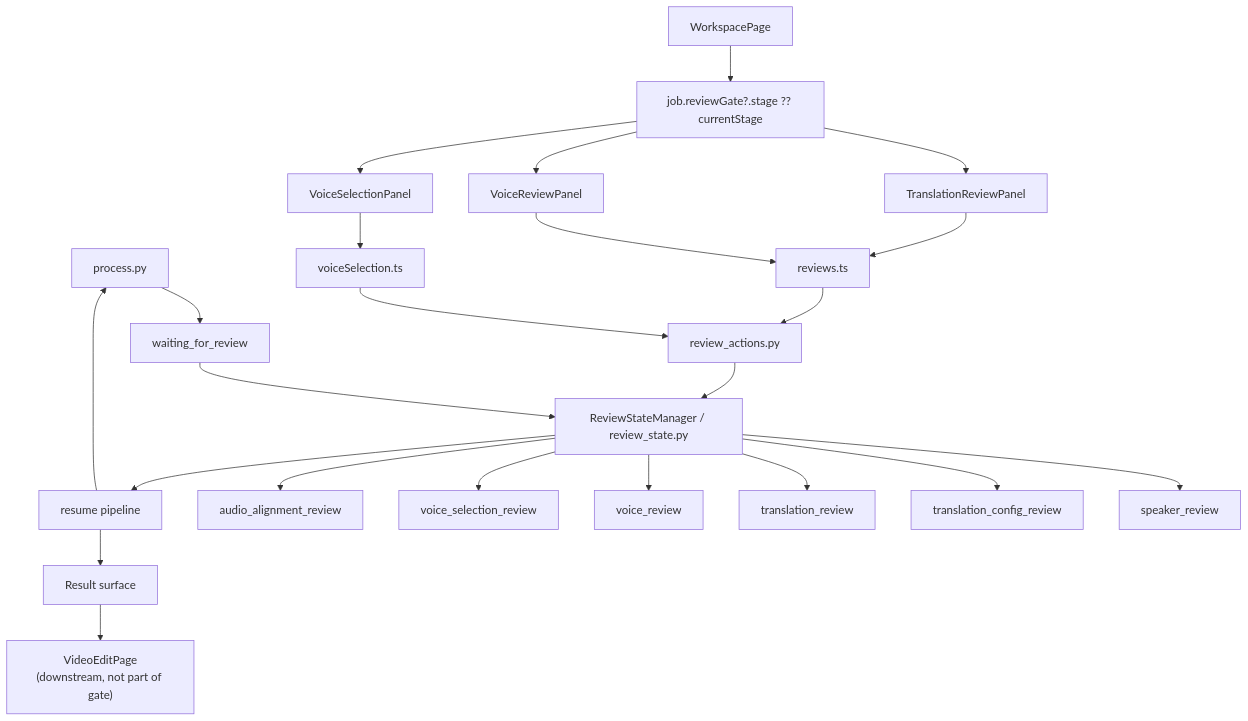
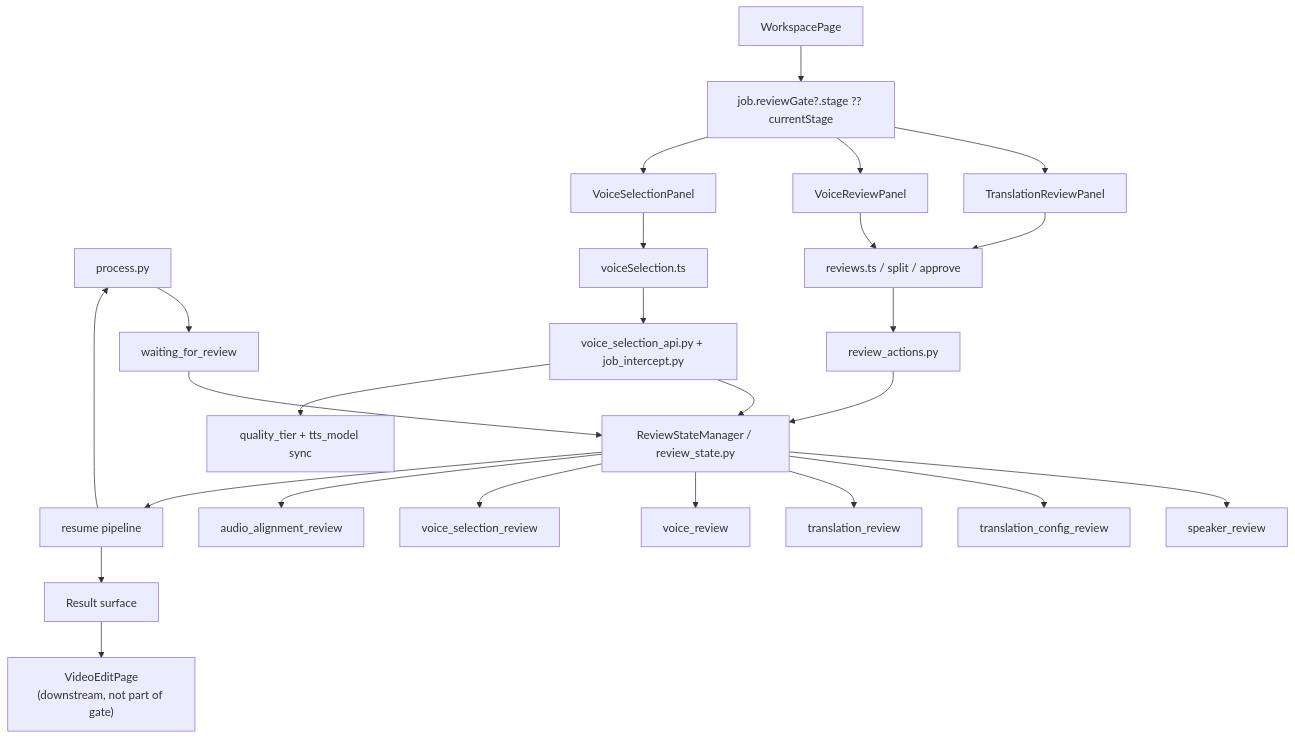
Before and after one commit to sun9bear/AITransVideo: the diagram in docs/graphs/GITNEXUS_REVIEW_GRAPH.md, drawn with Mermaid. The commit also changed other lines of this file and 6 other files, not shown here.

Commit message:
docs(graphs): refresh GitNexus graphs to 1934901

````diff
--- a/docs/graphs/GITNEXUS_REVIEW_GRAPH.md
+++ b/docs/graphs/GITNEXUS_REVIEW_GRAPH.md
@@ -17,30 +17,33 @@
 ```mermaid
 graph TD
     Pipeline["process.py"] --> Pending["waiting_for_review"]
     Pending --> ReviewState["ReviewStateManager / review_state.py"]
 
     ReviewState --> Speaker["speaker_review"]
     ReviewState --> Config["translation_config_review"]
     ReviewState --> Translation["translation_review"]
     ReviewState --> Voice["voice_review"]
     ReviewState --> VoiceSelect["voice_selection_review"]
     ReviewState --> AudioAlign["audio_alignment_review"]
 
     Workspace["WorkspacePage"] --> Gate["job.reviewGate?.stage ?? currentStage"]
     Gate --> TranslationPanel["TranslationReviewPanel"]
     Gate --> VoicePanel["VoiceReviewPanel"]
     Gate --> VoiceSelectPanel["VoiceSelectionPanel"]
 
-    TranslationPanel --> ReviewAPI["reviews.ts"]
+    TranslationPanel --> ReviewAPI["reviews.ts / split / approve"]
     VoicePanel --> ReviewAPI
     VoiceSelectPanel --> VoiceAPI["voiceSelection.ts"]
 
     ReviewAPI --> ReviewActions["review_actions.py"]
-    VoiceAPI --> ReviewActions
+    VoiceAPI --> VoiceGateway["voice_selection_api.py + job_intercept.py"]
     ReviewActions --> ReviewState
+    VoiceGateway --> ReviewState
+    VoiceGateway --> QualitySync["quality_tier + tts_model sync"]
+
     ReviewState --> Resume["resume pipeline"]
     Resume --> Pipeline
 
     Resume --> Result["Result surface"]
     Result --> Edit["VideoEditPage<br/>(downstream, not part of gate)"]
 ```
````
